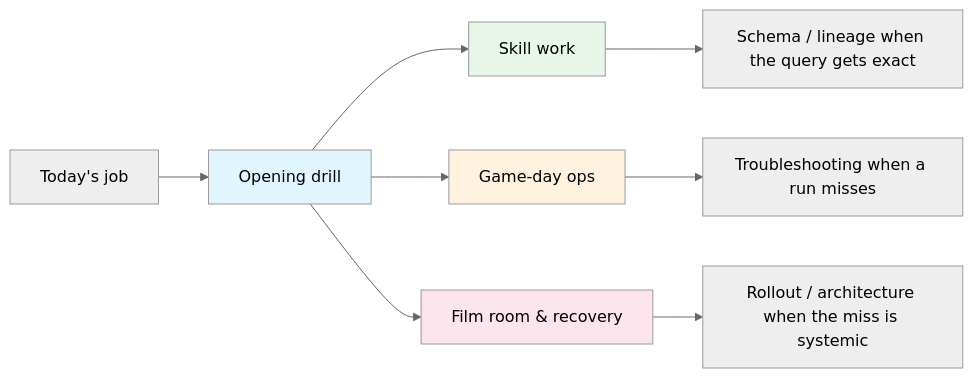
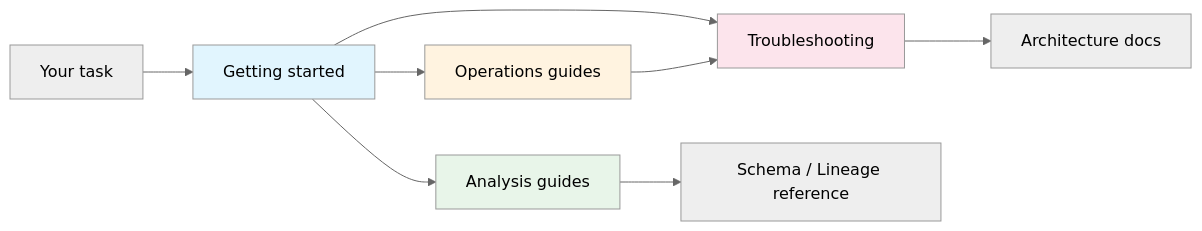
Before and after one commit to wyattowalsh/nbadb: the diagram in docs/content/docs/guides/index.mdx, drawn with Mermaid (neutral theme). The commit also changed other lines of this file and 10 other files, not shown here.

````diff
--- a/docs/content/docs/guides/index.mdx
+++ b/docs/content/docs/guides/index.mdx
@@ -85,15 +27,15 @@
 ```mermaid
 flowchart LR
-    Need["Today's job"] --> Drill["Opening drill"]
-    Drill --> Skill["Skill work"]
-    Drill --> Ops["Game-day ops"]
-    Drill --> Recovery["Film room & recovery"]
-    Skill --> Exact["Schema / lineage when the query gets exact"]
-    Ops --> Recover["Troubleshooting when a run misses"]
-    Recovery --> Systemic["Rollout / architecture when the miss is systemic"]
+    Start["Your task"] --> Get["Getting started"]
+    Get --> Analysis["Analysis guides"]
+    Get --> Ops["Operations guides"]
+    Get --> Debug["Troubleshooting"]
+    Analysis --> Schema["Schema / Lineage reference"]
+    Ops --> Debug
+    Debug --> Arch["Architecture docs"]
 
-    style Drill fill:#e1f5fe
-    style Skill fill:#e8f5e9
+    style Get fill:#e1f5fe
+    style Analysis fill:#e8f5e9
     style Ops fill:#fff3e0
-    style Recovery fill:#fce4ec
+    style Debug fill:#fce4ec
 ```
````
